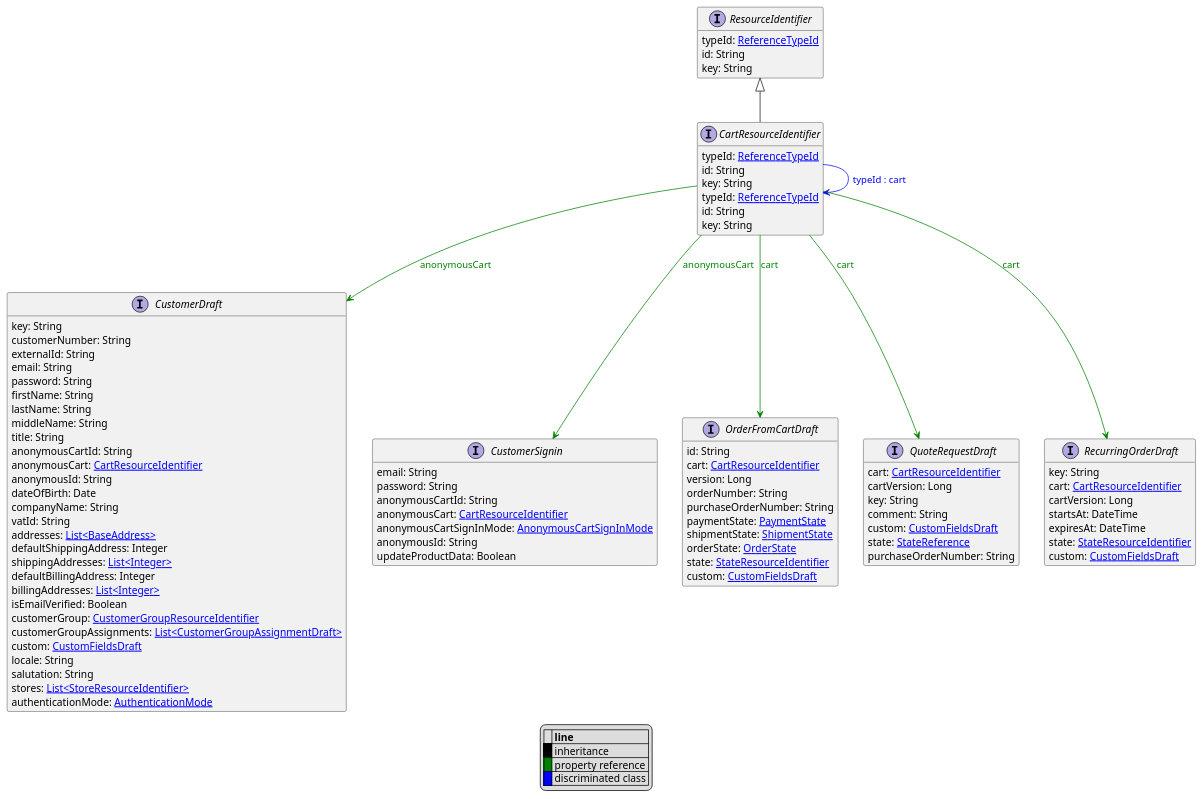
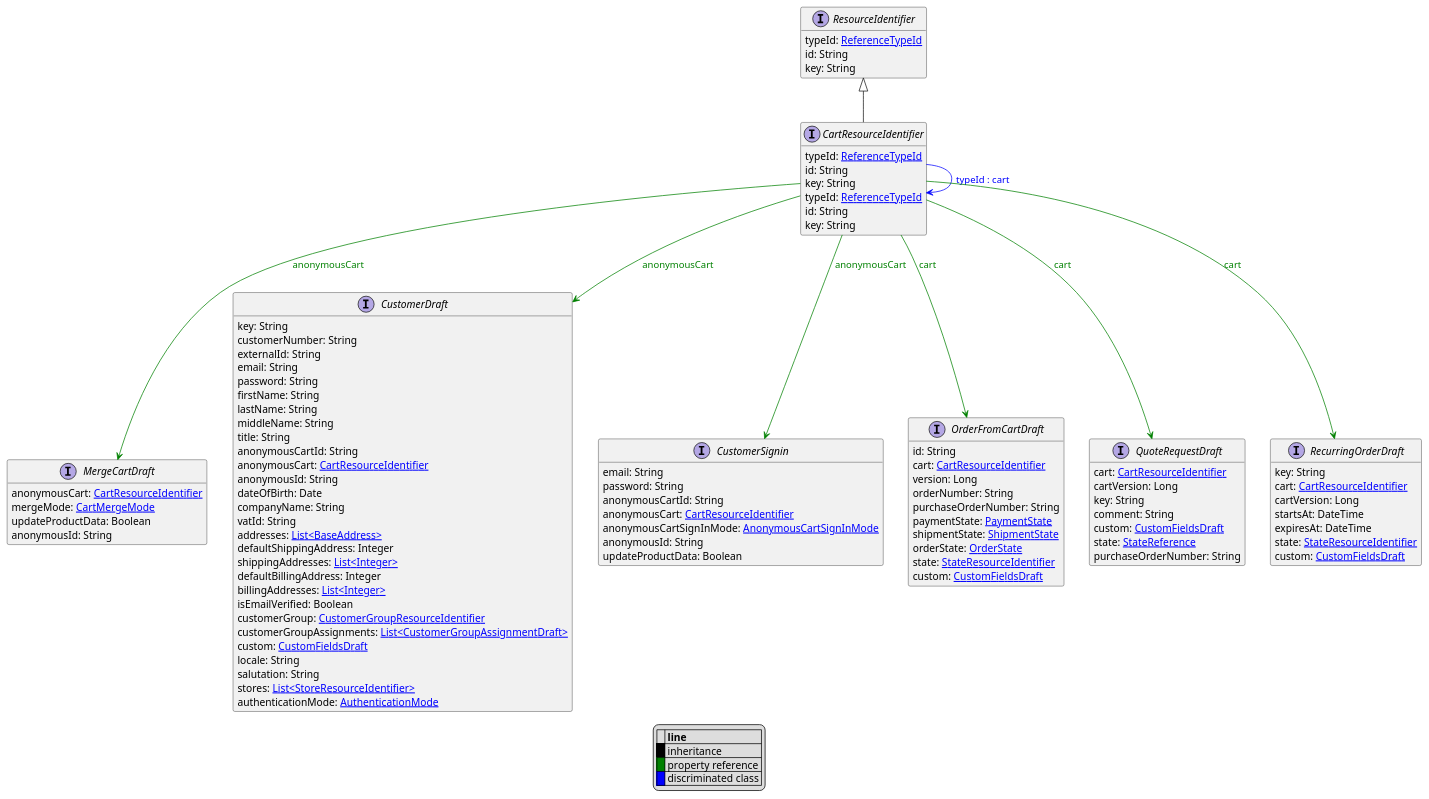
The diagram in uml/api/CartResourceIdentifier.puml (commercetools/commercetools-api-reference), drawn with PlantUML before and after one commit. The commit also changed 1667 other files, not shown here.

```diff
--- a/uml/api/CartResourceIdentifier.puml
+++ b/uml/api/CartResourceIdentifier.puml
@@ -1,102 +1,109 @@
 @startuml
 
 hide empty fields
 hide empty methods
 legend
 |= |= line |
 |<back:black>   </back>| inheritance |
 |<back:green>   </back>| property reference |
 |<back:blue>   </back>| discriminated class |
 endlegend
 interface CartResourceIdentifier [[CartResourceIdentifier.svg]] extends ResourceIdentifier {
     typeId: [[ReferenceTypeId.svg ReferenceTypeId]]
     id: String
     key: String
 }
 interface ResourceIdentifier [[ResourceIdentifier.svg]]  {
     typeId: [[ReferenceTypeId.svg ReferenceTypeId]]
     id: String
     key: String
 }
 
 interface CartResourceIdentifier [[CartResourceIdentifier.svg]]  {
     typeId: [[ReferenceTypeId.svg ReferenceTypeId]]
     id: String
     key: String
+}
+interface MergeCartDraft [[MergeCartDraft.svg]]  {
+    anonymousCart: [[CartResourceIdentifier.svg CartResourceIdentifier]]
+    mergeMode: [[CartMergeMode.svg CartMergeMode]]
+    updateProductData: Boolean
+    anonymousId: String
 }
 interface CustomerDraft [[CustomerDraft.svg]]  {
     key: String
     customerNumber: String
     externalId: String
     email: String
     password: String
     firstName: String
     lastName: String
     middleName: String
     title: String
     anonymousCartId: String
     anonymousCart: [[CartResourceIdentifier.svg CartResourceIdentifier]]
     anonymousId: String
     dateOfBirth: Date
     companyName: String
     vatId: String
     addresses: [[BaseAddress.svg List<BaseAddress>]]
     defaultShippingAddress: Integer
     shippingAddresses: [[Integer.svg List<Integer>]]
     defaultBillingAddress: Integer
     billingAddresses: [[Integer.svg List<Integer>]]
     isEmailVerified: Boolean
     customerGroup: [[CustomerGroupResourceIdentifier.svg CustomerGroupResourceIdentifier]]
     customerGroupAssignments: [[CustomerGroupAssignmentDraft.svg List<CustomerGroupAssignmentDraft>]]
     custom: [[CustomFieldsDraft.svg CustomFieldsDraft]]
     locale: String
     salutation: String
     stores: [[StoreResourceIdentifier.svg List<StoreResourceIdentifier>]]
     authenticationMode: [[AuthenticationMode.svg AuthenticationMode]]
 }
 interface CustomerSignin [[CustomerSignin.svg]]  {
     email: String
     password: String
     anonymousCartId: String
     anonymousCart: [[CartResourceIdentifier.svg CartResourceIdentifier]]
     anonymousCartSignInMode: [[AnonymousCartSignInMode.svg AnonymousCartSignInMode]]
     anonymousId: String
     updateProductData: Boolean
 }
 interface OrderFromCartDraft [[OrderFromCartDraft.svg]]  {
     id: String
     cart: [[CartResourceIdentifier.svg CartResourceIdentifier]]
     version: Long
     orderNumber: String
     purchaseOrderNumber: String
     paymentState: [[PaymentState.svg PaymentState]]
     shipmentState: [[ShipmentState.svg ShipmentState]]
     orderState: [[OrderState.svg OrderState]]
     state: [[StateResourceIdentifier.svg StateResourceIdentifier]]
     custom: [[CustomFieldsDraft.svg CustomFieldsDraft]]
 }
 interface QuoteRequestDraft [[QuoteRequestDraft.svg]]  {
     cart: [[CartResourceIdentifier.svg CartResourceIdentifier]]
     cartVersion: Long
     key: String
     comment: String
     custom: [[CustomFieldsDraft.svg CustomFieldsDraft]]
     state: [[StateReference.svg StateReference]]
     purchaseOrderNumber: String
 }
 interface RecurringOrderDraft [[RecurringOrderDraft.svg]]  {
     key: String
     cart: [[CartResourceIdentifier.svg CartResourceIdentifier]]
     cartVersion: Long
     startsAt: DateTime
     expiresAt: DateTime
     state: [[StateResourceIdentifier.svg StateResourceIdentifier]]
     custom: [[CustomFieldsDraft.svg CustomFieldsDraft]]
 }
 CartResourceIdentifier --> CartResourceIdentifier #blue;text:blue : "typeId : cart"
+CartResourceIdentifier --> MergeCartDraft #green;text:green : "anonymousCart"
 CartResourceIdentifier --> CustomerDraft #green;text:green : "anonymousCart"
 CartResourceIdentifier --> CustomerSignin #green;text:green : "anonymousCart"
 CartResourceIdentifier --> OrderFromCartDraft #green;text:green : "cart"
 CartResourceIdentifier --> QuoteRequestDraft #green;text:green : "cart"
 CartResourceIdentifier --> RecurringOrderDraft #green;text:green : "cart"
 @enduml
```
